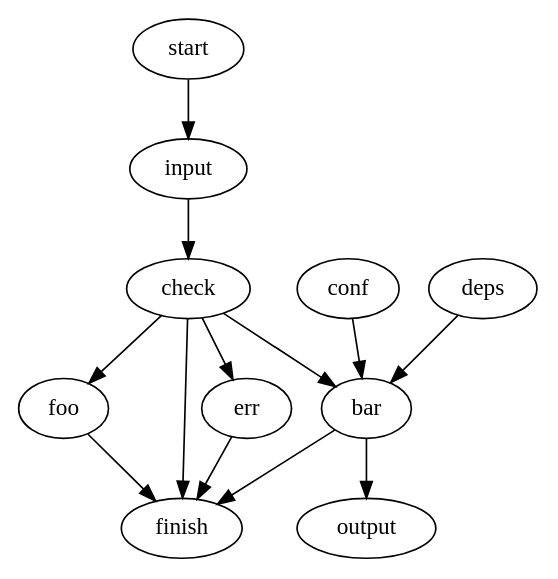
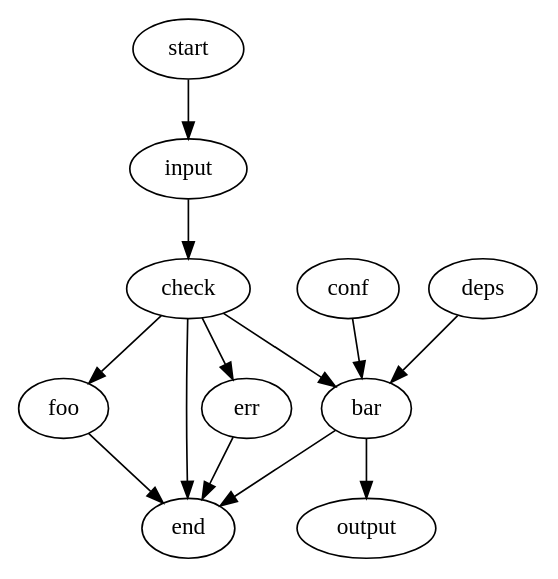
One commit to lijh8/misc changed the diagram in other/graphviz.dot. Above: the diagram before and after it, drawn with Graphviz.

```diff
--- a/other/graphviz.dot
+++ b/other/graphviz.dot
@@ -1,35 +1,30 @@
-/*
-https://graphviz.org/about/ ,
-https://magjac.com/graphviz-visual-editor/ ,
-https://dreampuf.github.io/GraphvizOnline/ ,
-
-edge cannot follow attribute in same statement.
-multiple edge statements can be on one line.
-semi-colon is optional between edge statements.
-comma is optional between nodes.
-
-generate image using command:
-  $ apt install graphviz
-  $ dot -Tsvg example.dot -o example.svg
-
-use image in markdown example.md:
-  ![](example.svg)
-
-then preview markdown in vscode.
-
-similar tools: mermaid chart, yED.
-*/
-
+/**
+ * https://graphviz.org/about/ ,
+ * https://magjac.com/graphviz-visual-editor/ ,
+ * https://dreampuf.github.io/GraphvizOnline/ ,
+ * 
+ * edge cannot follow attribute in same statement.
+ * multiple edge statements can be on one line.
+ * semi-colon is optional between edge statements.
+ * 
+ * generate image using command:
+ *   $ apt install graphviz
+ *   $ dot -Tpng example.dot -o example.png
+ * 
+ * use image in markdown example.md:
+ *   ![](example.png)
+ * 
+ * then preview markdown in vscode.
+ * 
+ * similar tools: mermaid chart, yED.
+ */
 // example.dot
-
 digraph {
-  start->input->check
-
-  check->foo foo->finish
-  check->err err->finish
-  check->finish
-  check->bar bar->finish
-
-  conf->bar->output
-  deps->bar
+    start -> input -> check -> foo -> end;
+    check -> bar -> end;
+    check -> err -> end;
+    check -> end;
+    
+    conf -> bar -> output;
+    deps -> bar;
 }
```
